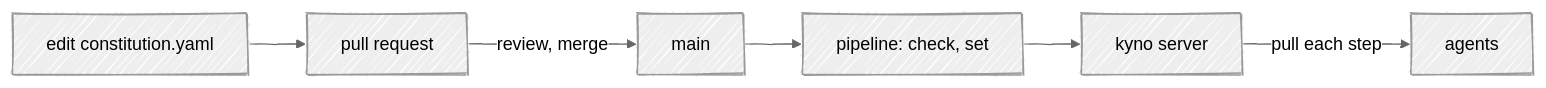
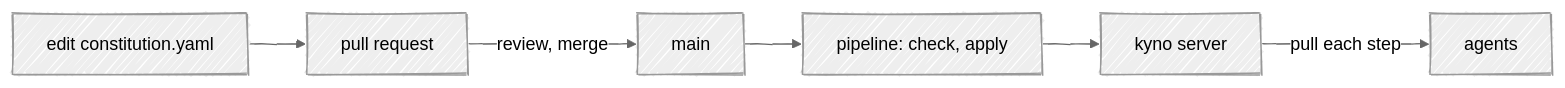
The diagram in docs/best-practices.md (cizambra/kyno), drawn with Mermaid before and after one commit. The commit also changed other lines of this file and 18 other files, not shown here.

````diff
--- a/docs/best-practices.md
+++ b/docs/best-practices.md
@@ -16,13 +16,13 @@
 ```mermaid
 ---
 config:
   look: handDrawn
   theme: neutral
 ---
 flowchart LR
   E["edit constitution.yaml"] --> P["pull request"]
   P -- review, merge --> M["main"]
-  M --> C["pipeline: check, set"]
+  M --> C["pipeline: check, apply"]
   C --> K["kyno server"]
   K -- pull each step --> A["agents"]
 ```
````
